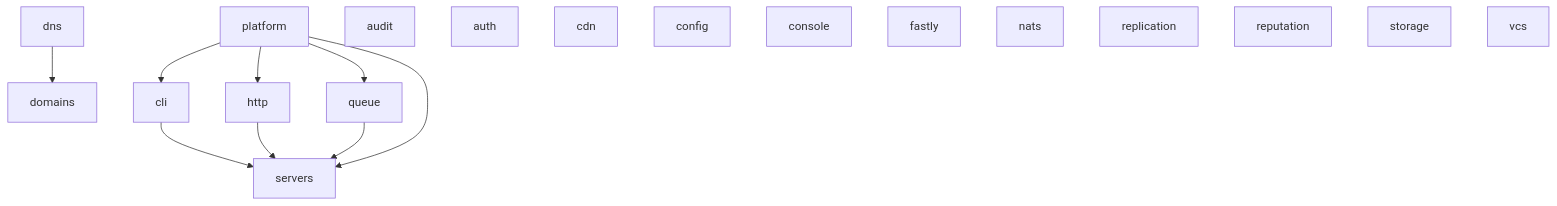
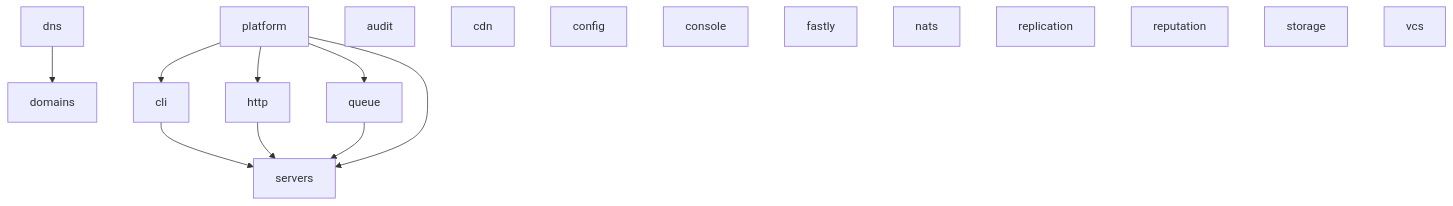
The diagram in README.md (utopia-php/monorepo), drawn with Mermaid before and after one commit. The commit also changed other lines of this file and 83 other files, not shown here.

````diff
--- a/README.md
+++ b/README.md
@@ -52,22 +52,21 @@
 ```mermaid
 graph TD
     cli --> servers
     dns --> domains
     http --> servers
     platform --> cli
     platform --> http
     platform --> queue
     platform --> servers
     queue --> servers
     audit
-    auth
     cdn
     config
     console
     fastly
     nats
     replication
     reputation
     storage
     vcs
 ```
````
